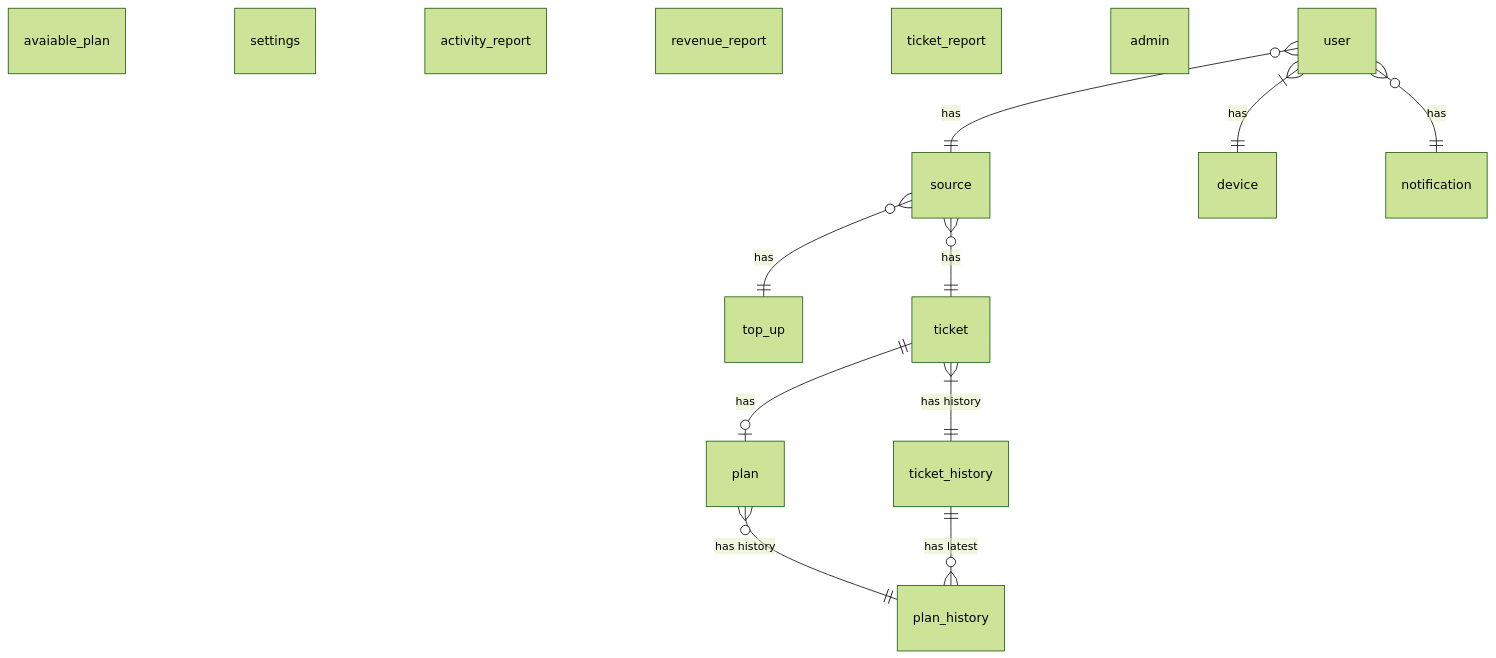
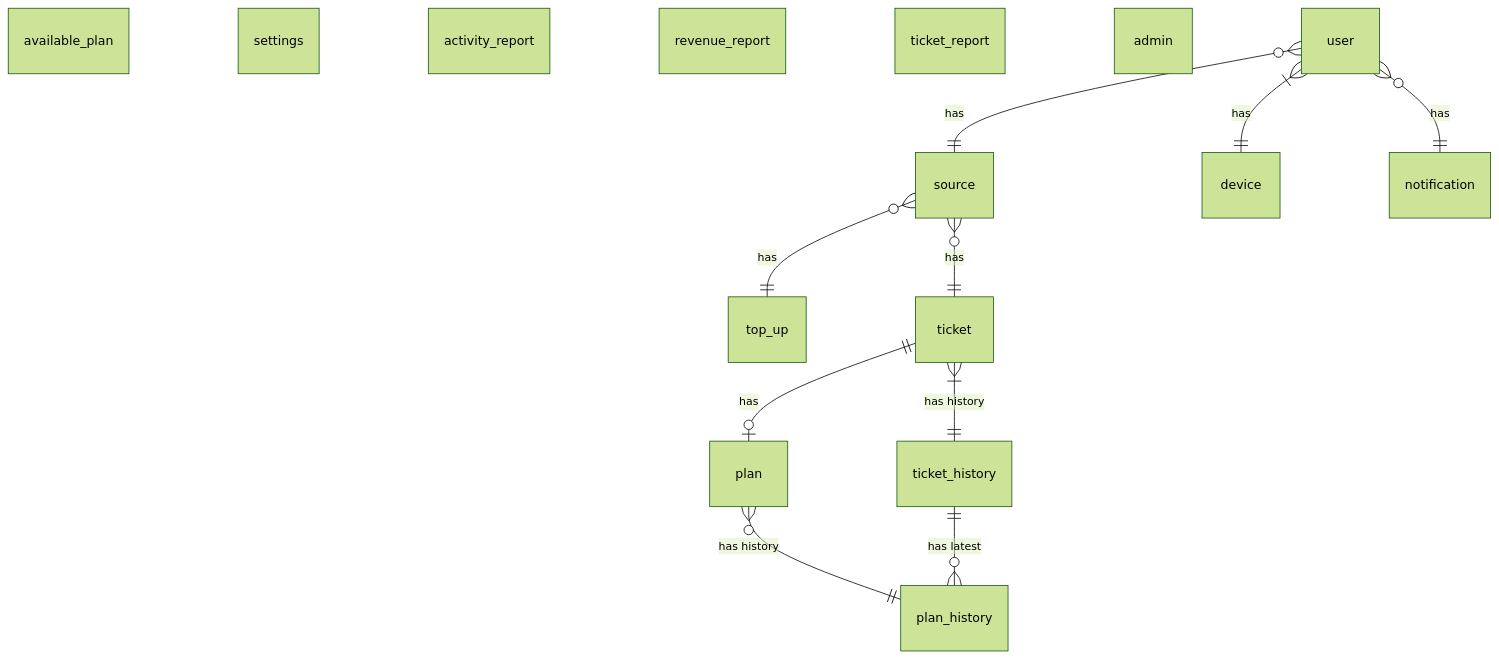
Before and after one commit to coinhub-uit/coinhub-uit.github.io: the second of 2 diagrams in docs/diagrams/database/requirements-changing.md, drawn with Mermaid (forest theme). The commit also changed 7 other files, not shown here.

````diff
--- a/docs/diagrams/database/requirements-changing.md
+++ b/docs/diagrams/database/requirements-changing.md
@@ -21,19 +21,19 @@
 ```mermaid
 erDiagram
-  avaiable_plan
+  available_plan
   settings
   activity_report
   revenue_report
   ticket_report
   admin
 
   user }o--|| source : "has"
   user }|--|| device : "has"
   user }o--|| notification : "has"
   source }o--|| top_up : "has"
   plan }o--|| plan_history : "has history"
   ticket }|--|| ticket_history : "has history"
   ticket ||--|o plan: "has"
   ticket_history ||--}o plan_history : "has latest"
   source }o--|| ticket : "has"
 ```
````
